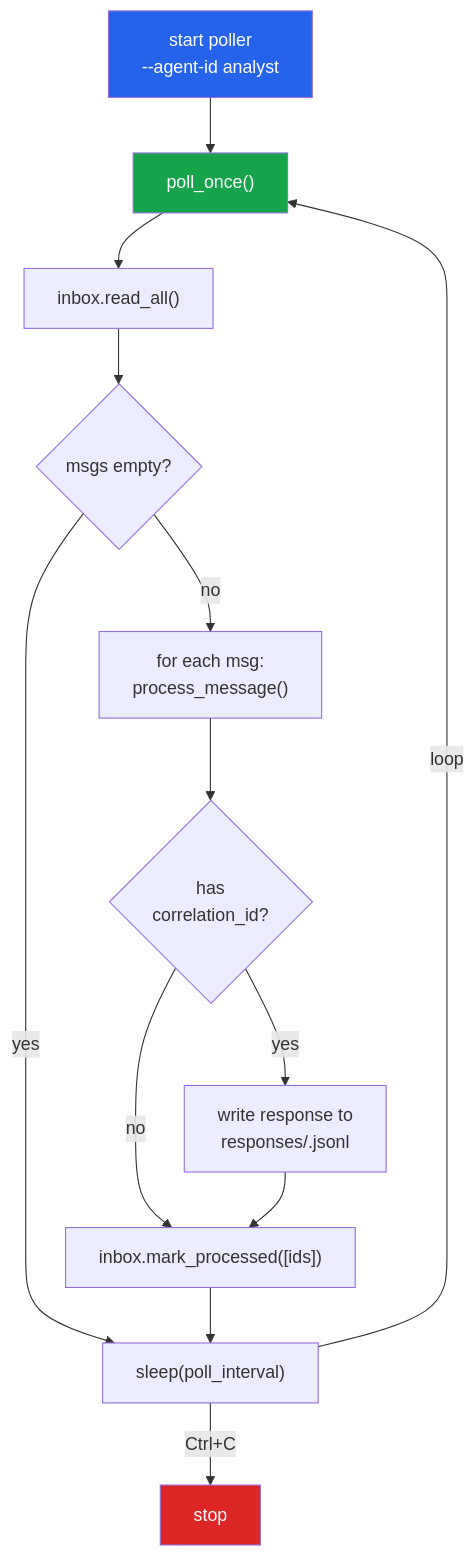
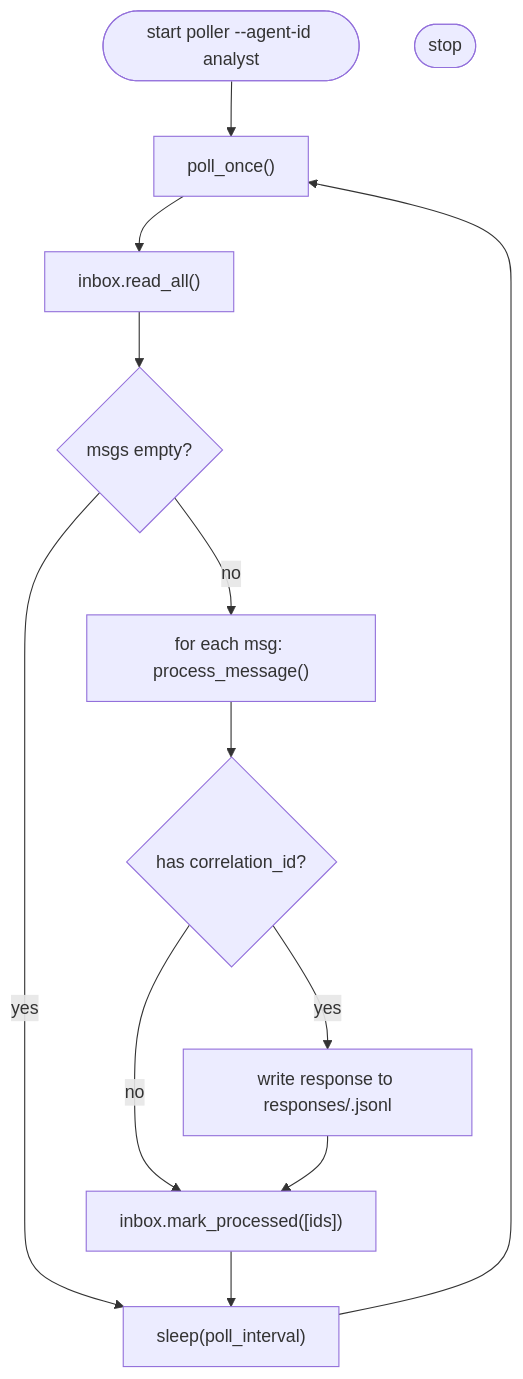
The sixth of 6 diagrams in specs/005_relay_inbox_diagrams.md (wangsen992/agentia), drawn with Mermaid before and after one commit. The commit also changed other lines of this file, not shown here.

Commit message:
Fix Mermaid diagrams for GitHub compatibility

````diff
--- a/specs/005_relay_inbox_diagrams.md
+++ b/specs/005_relay_inbox_diagrams.md
@@ -155,30 +137,25 @@
 ```mermaid
-graph TD
-    Start["start poller<br/>--agent-id analyst"]
+flowchart TD
+    Start(["start poller --agent-id analyst"])
     Poll["poll_once()"]
     Read["inbox.read_all()"]
     Empty{msgs empty?}
-    Process["for each msg:<br/>process_message()"]
-    Corr{has<br/>correlation_id?}
-    WriteResp["write response to<br/>responses/<corr_id>.jsonl"]
+    Process["for each msg: process_message()"]
+    Corr{has correlation_id?}
+    WriteResp["write response to responses/<corr_id>.jsonl"]
     Mark["inbox.mark_processed([ids])"]
     Sleep["sleep(poll_interval)"]
-    Stop["stop"]
+    Stop(["stop"])
 
     Start --> Poll
     Poll --> Read
     Read --> Empty
     Empty -->|yes| Sleep
     Empty -->|no| Process
     Process --> Corr
     Corr -->|yes| WriteResp
     Corr -->|no| Mark
     WriteResp --> Mark
     Mark --> Sleep
-    Sleep -->|loop| Poll
-    Sleep -->|Ctrl+C| Stop
-
-    style Start fill:#2563eb,color:#fff
-    style Poll fill:#16a34a,color:#fff
-    style Stop fill:#dc2626,color:#fff
+    Sleep --> Poll
 ```
````
